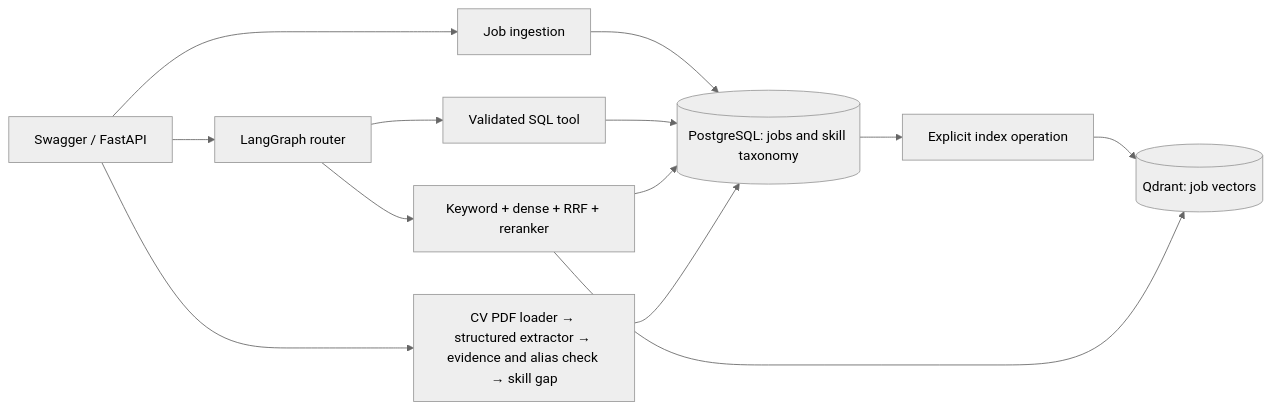
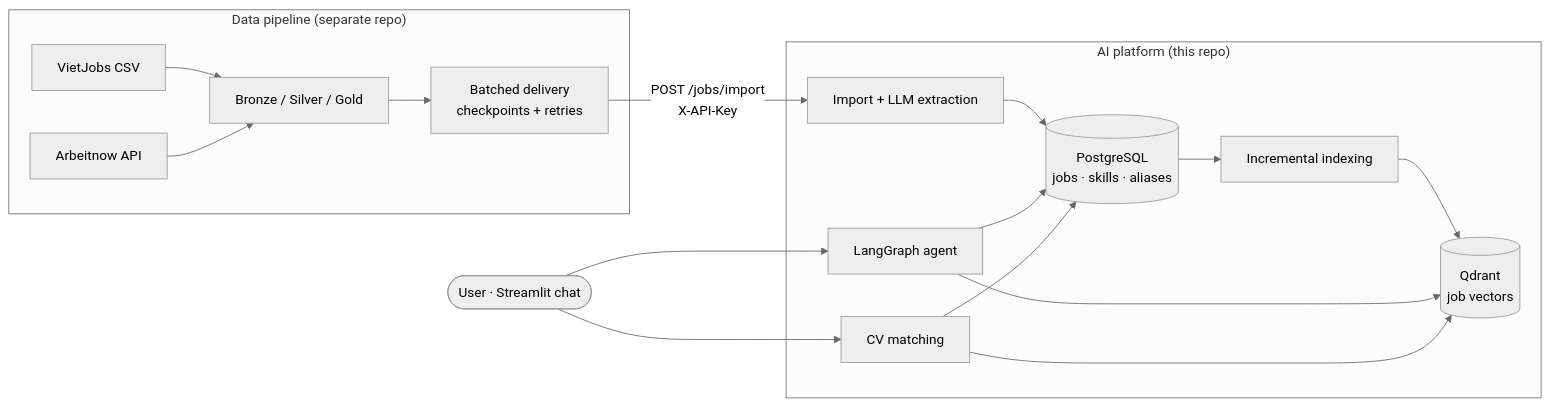
The first of 4 diagrams in README.md (levienbang/ai-career-platform), drawn with Mermaid (neutral theme) before and after one commit. The commit also changed other lines of this file and 1 other file, not shown here.

First line of the commit message:
Rewrite README as a project showcase with diagrams

````diff
--- a/README.md
+++ b/README.md
@@ -43,15 +39,22 @@
 ```mermaid
 flowchart LR
-  U[Swagger / FastAPI] --> I[Job ingestion]
-  I --> P[(PostgreSQL: jobs and skill taxonomy)]
-  P --> X[Explicit index operation]
-  X --> Q[(Qdrant: job vectors)]
-  U --> A[LangGraph router]
-  A --> S[Validated SQL tool]
-  S --> P
-  A --> R[Keyword + dense + RRF + reranker]
-  R --> P
-  R --> Q
-  U --> C[CV PDF loader → structured extractor → evidence and alias check → skill gap]
-  C --> P
+    subgraph DE["Data pipeline (separate repo)"]
+        S1[VietJobs CSV] --> B[Bronze / Silver / Gold]
+        S2[Arbeitnow API] --> B
+        B --> D[Batched delivery<br/>checkpoints + retries]
+    end
+
+    D -- "POST /jobs/import<br/>X-API-Key" --> I
+
+    subgraph AI["AI platform (this repo)"]
+        I[Import + LLM extraction] --> PG[(PostgreSQL<br/>jobs · skills · aliases)]
+        PG --> IX[Incremental indexing] --> QD[(Qdrant<br/>job vectors)]
+        AG[LangGraph agent] --> PG
+        AG --> QD
+        CV[CV matching] --> PG
+        CV --> QD
+    end
+
+    U([User · Streamlit chat]) --> AG
+    U --> CV
 ```
````
